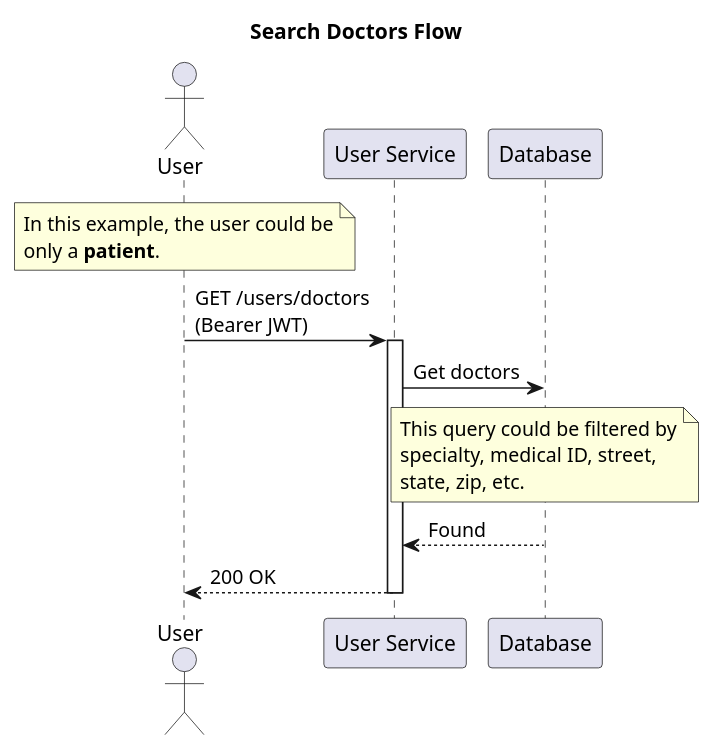
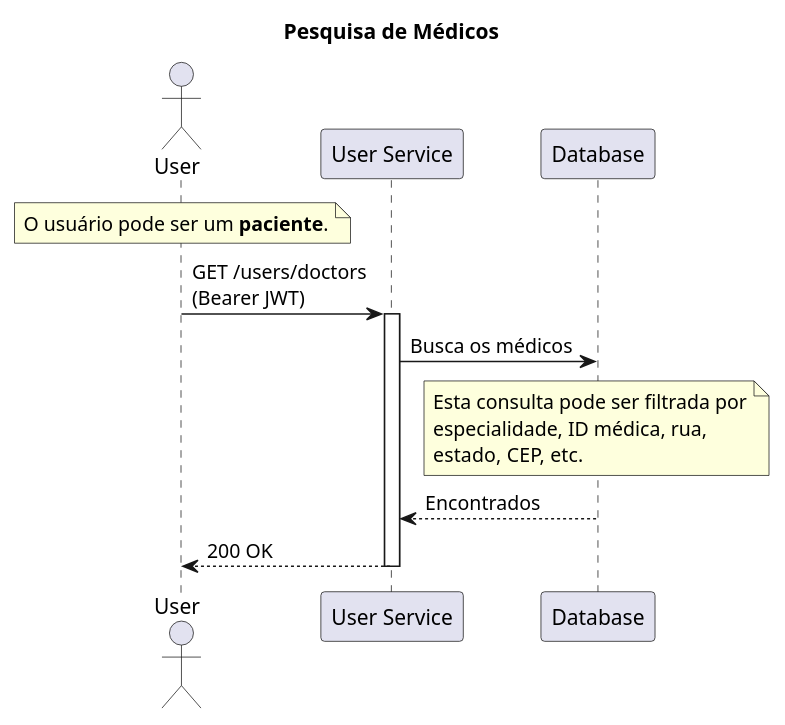
Before and after one commit to jfelipearaujo-healthmed/user-service: the diagram in docs/search_doctors.puml, drawn with PlantUML. The commit also changed 12 other files, not shown here.

```diff
--- a/docs/search_doctors.puml
+++ b/docs/search_doctors.puml
@@ -1,28 +1,27 @@
 @startuml search_doctors
 
-title Search Doctors Flow
+title Pesquisa de Médicos
 
 actor "User" as user
 participant "User Service" as user_service
 participant "Database" as database
 
 note over user
-In this example, the user could be
-only a **patient**.
+O usuário pode ser um **paciente**.
 end note
 
 user -> user_service: GET /users/doctors\n(Bearer JWT)
 activate user_service
-user_service -> database: Get doctors
+user_service -> database: Busca os médicos
 
 note over database
-This query could be filtered by
-specialty, medical ID, street,
-state, zip, etc.
+Esta consulta pode ser filtrada por
+especialidade, ID médica, rua,
+estado, CEP, etc.
 end note
 
-database --> user_service: Found
+database --> user_service: Encontrados
 user_service --> user: 200 OK
 deactivate user_service
 
 @enduml
```
